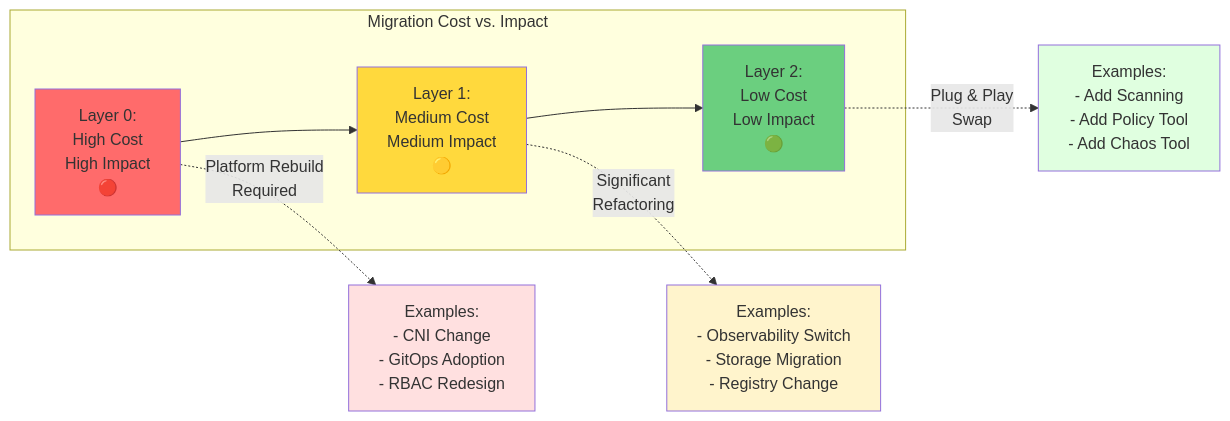
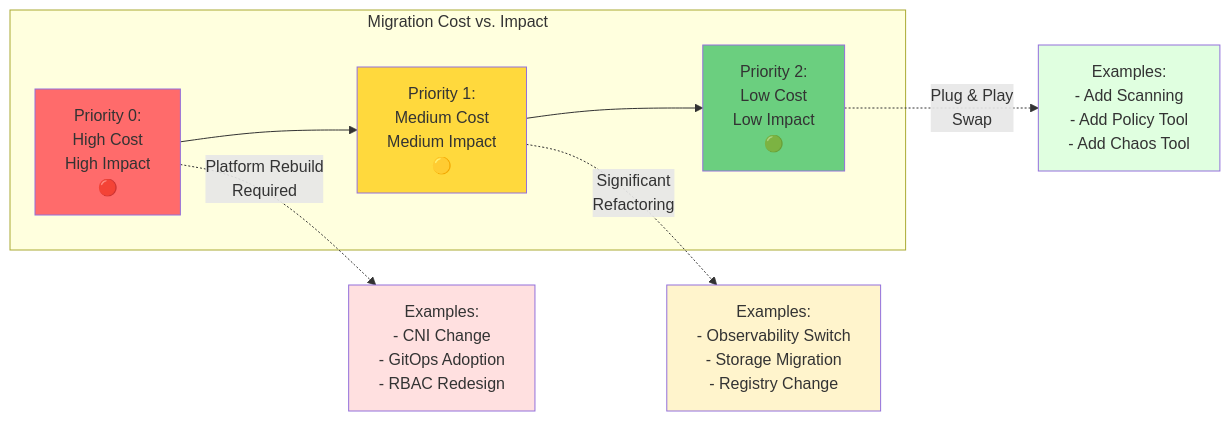
Before and after one commit to vanhoutenbos/KubeCompass: the fourth of 10 diagrams in docs/DIAGRAMS.md, drawn with Mermaid. The commit also changed other lines of this file and 64 other files, not shown here.

````diff
--- a/docs/DIAGRAMS.md
+++ b/docs/DIAGRAMS.md
@@ -219,22 +219,22 @@
 ```mermaid
 graph LR
     subgraph "Migration Cost vs. Impact"
-        L0["Layer 0:<br/>High Cost<br/>High Impact<br/>🔴"]
-        L1["Layer 1:<br/>Medium Cost<br/>Medium Impact<br/>🟡"]
-        L2["Layer 2:<br/>Low Cost<br/>Low Impact<br/>🟢"]
+        L0["Priority 0:<br/>High Cost<br/>High Impact<br/>🔴"]
+        L1["Priority 1:<br/>Medium Cost<br/>Medium Impact<br/>🟡"]
+        L2["Priority 2:<br/>Low Cost<br/>Low Impact<br/>🟢"]
     end
     
     L0 --> L1
     L1 --> L2
     
     L0 -.->|"Platform Rebuild<br/>Required"| L0E["Examples:<br/>- CNI Change<br/>- GitOps Adoption<br/>- RBAC Redesign"]
     L1 -.->|"Significant<br/>Refactoring"| L1E["Examples:<br/>- Observability Switch<br/>- Storage Migration<br/>- Registry Change"]
     L2 -.->|"Plug & Play<br/>Swap"| L2E["Examples:<br/>- Add Scanning<br/>- Add Policy Tool<br/>- Add Chaos Tool"]
     
     style L0 fill:#ff6b6b
     style L1 fill:#ffd93d
     style L2 fill:#6bcf7f
     style L0E fill:#ffe0e0
     style L1E fill:#fff4cc
     style L2E fill:#e0ffe0
 ```
````
